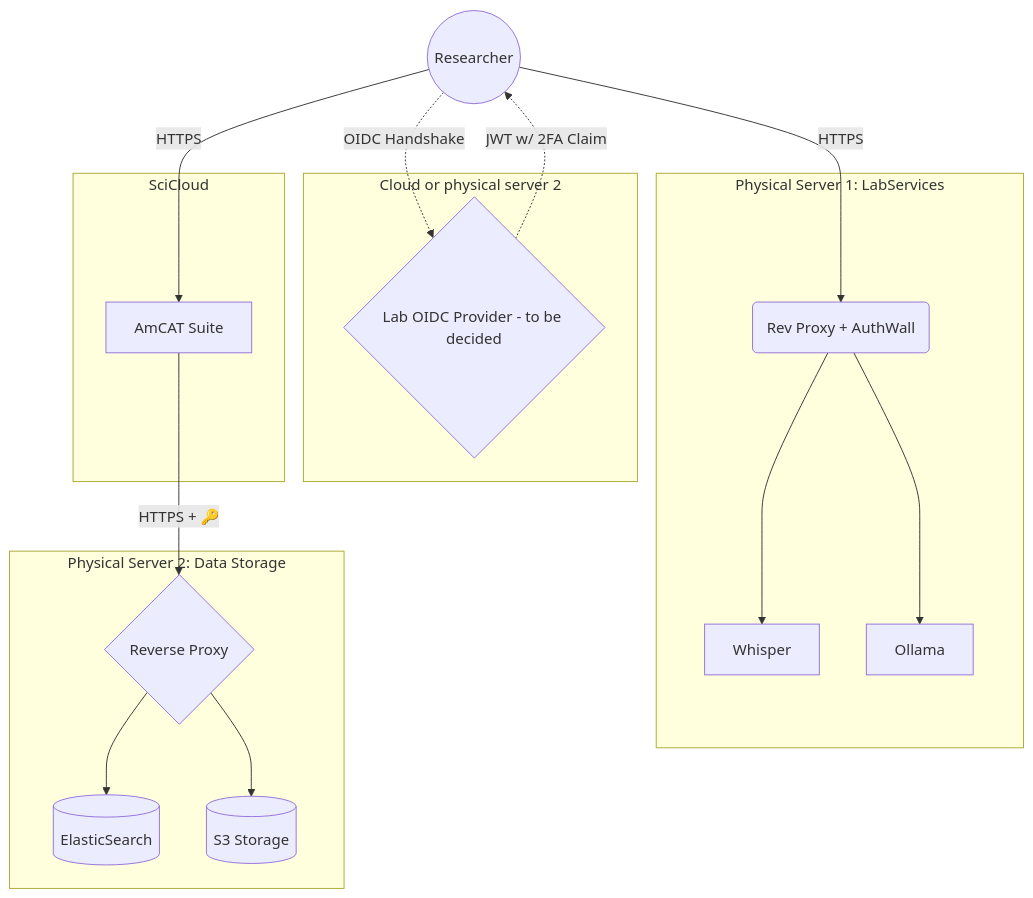
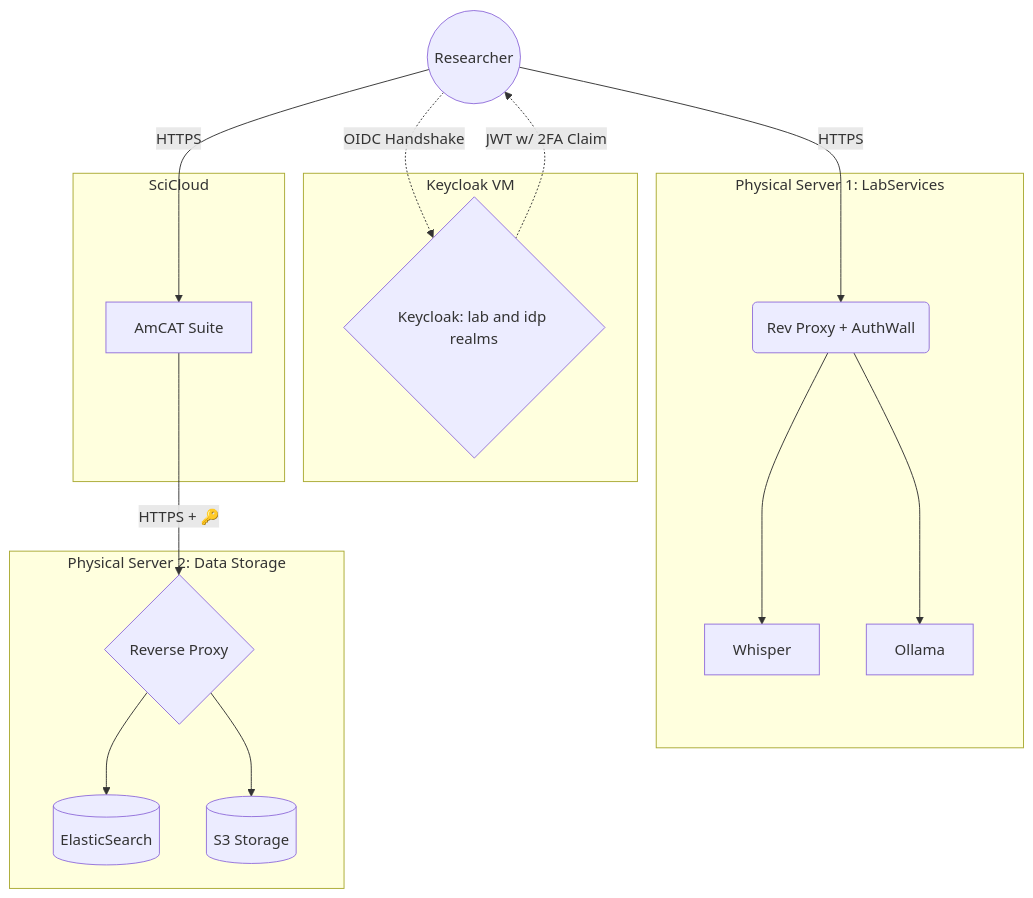
The diagram in docs/index.md (kasperwelbers/societal-analytics-lab-infra), drawn with Mermaid before and after one commit. The commit also changed other lines of this file and 13 other files, not shown here.

````diff
--- a/docs/index.md
+++ b/docs/index.md
@@ -10,43 +10,43 @@
 ```mermaid
 graph TD
     User((Researcher))
     
     %% Authentication
-    subgraph Auth [Cloud or physical server 2]
-        IdP{Lab OIDC Provider - to be decided}
+    subgraph Auth [Keycloak VM]
+        IdP{Keycloak: lab and idp realms}
     end
     User -.->|OIDC Handshake| IdP
     IdP -.->|JWT w/ 2FA Claim| User
 
     %% SciCloud Environment
     subgraph SciCloud [SciCloud]
         AmCAT[AmCAT Suite]
     end
     
     %% Physical Server 1
     subgraph LabServices [Physical Server 1: LabServices]
         ProxyLab(Rev Proxy + AuthWall)
         ProxyLab --> Whisper
         ProxyLab --> Ollama
     end
 
     %% Physical Server 2
     subgraph Storage [Physical Server 2: Data Storage]
         ProxyStorage{Reverse Proxy}
         ES[(ElasticSearch)]
         S3[(S3 Storage)]
     end
     
 
     %% External Incoming Connections
     User -->|HTTPS| AmCAT
     User -->|HTTPS| ProxyLab
 
     %% Storage Routing (Internal via Proxy)
     AmCAT -->|HTTPS + 🔑| ProxyStorage
     ProxyStorage --> ES
     ProxyStorage --> S3
 
     %% Clickable Links
     click AmCAT "./amcat" "View AmCAT Technical Docs"
 ```
````
